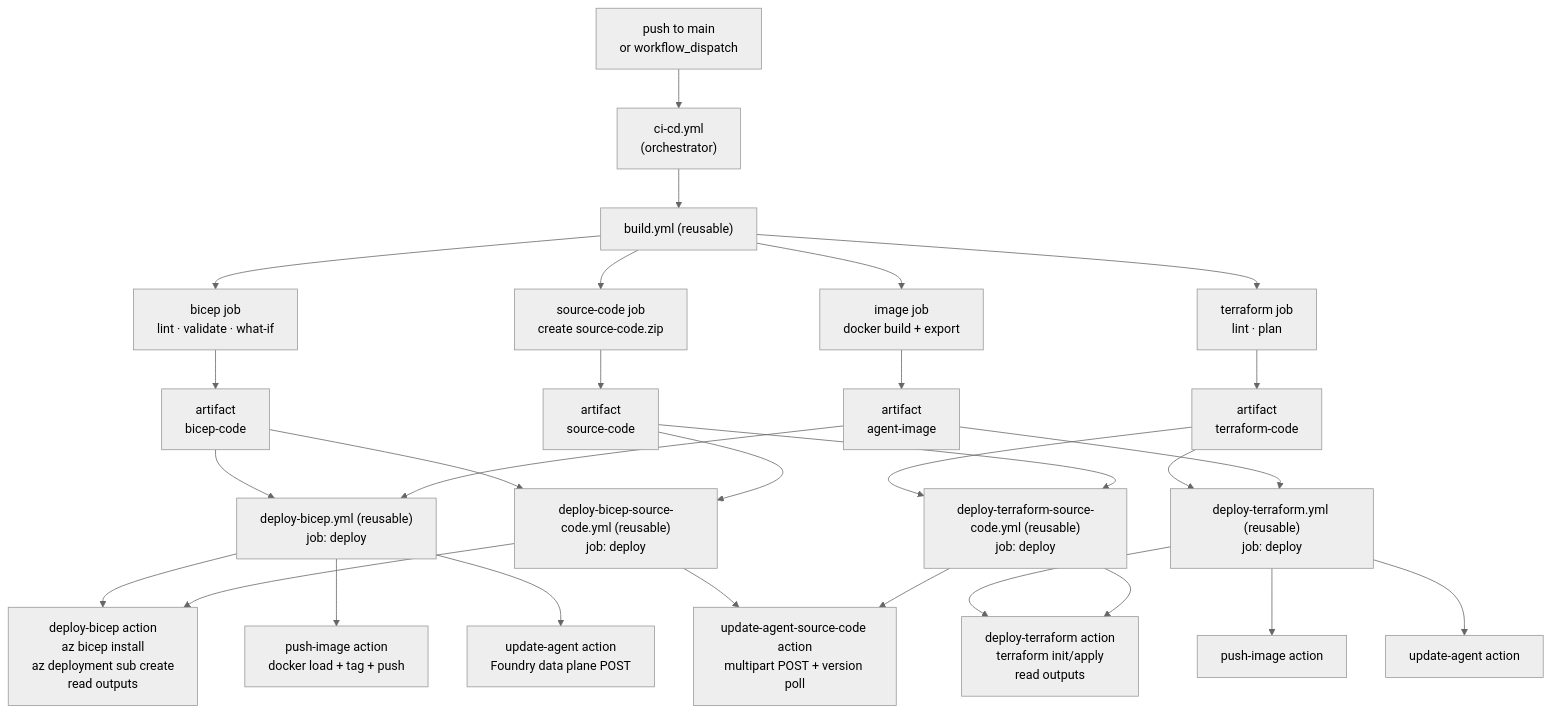
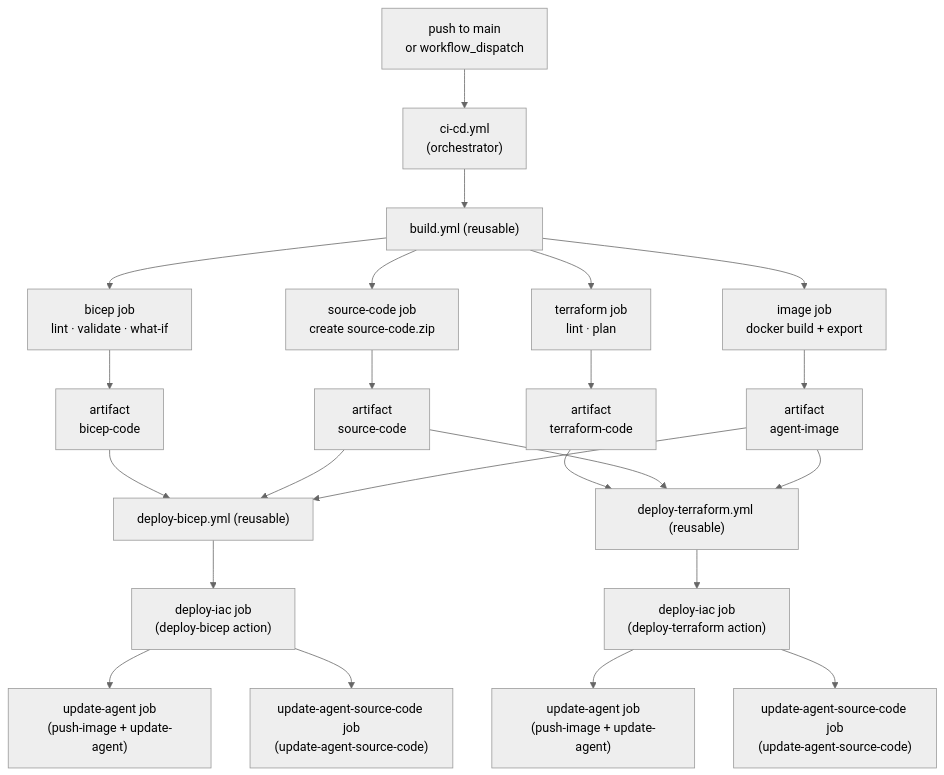
Before and after one commit to JFolberth/simple-hosted-agent-responses: the diagram in docs/github-actions.md, drawn with Mermaid (neutral theme). The commit also changed other lines of this file and 3 other files, not shown here.

````diff
--- a/docs/github-actions.md
+++ b/docs/github-actions.md
@@ -9,35 +9,28 @@
 ```mermaid
 flowchart TD
     P["push to main\nor workflow_dispatch"]
     P --> CICD["ci-cd.yml\n(orchestrator)"]
-  CICD --> BUILD["build.yml (reusable)"]
-  BUILD --> B1["bicep job\nlint · validate · what-if"]
-  BUILD --> B2["terraform job\nlint · plan"]
-  BUILD --> B3["source-code job\ncreate source-code.zip"]
-  BUILD --> B4["image job\ndocker build + export"]
-  B1 --> AB["artifact\nbicep-code"]
-  B2 --> AB2["artifact\nterraform-code"]
-  B3 --> AB3["artifact\nsource-code"]
-  B4 --> AB4["artifact\nagent-image"]
-  AB --> DBICEP["deploy-bicep.yml (reusable)\njob: deploy"]
-  AB2 --> DTERR["deploy-terraform.yml (reusable)\njob: deploy"]
-  AB4 --> DBICEP
-  AB4 --> DTERR
-  AB --> DBSC["deploy-bicep-source-code.yml (reusable)\njob: deploy"]
-  AB2 --> DTSC["deploy-terraform-source-code.yml (reusable)\njob: deploy"]
-  AB3 --> DBSC
-  AB3 --> DTSC
+    CICD --> BUILD["build.yml (reusable)"]
+    BUILD --> B1["bicep job\nlint · validate · what-if"]
+    BUILD --> B2["terraform job\nlint · plan"]
+    BUILD --> B3["source-code job\ncreate source-code.zip"]
+    BUILD --> B4["image job\ndocker build + export"]
+    B1 --> AB["artifact\nbicep-code"]
+    B2 --> AB2["artifact\nterraform-code"]
+    B3 --> AB3["artifact\nsource-code"]
+    B4 --> AB4["artifact\nagent-image"]
+    AB --> DBICEP["deploy-bicep.yml (reusable)"]
+    AB2 --> DTERR["deploy-terraform.yml (reusable)"]
+    AB3 --> DBICEP
+    AB3 --> DTERR
+    AB4 --> DBICEP
+    AB4 --> DTERR
 
-    DBICEP --> AC1["deploy-bicep action\naz bicep install\naz deployment sub create\nread outputs"]
-    DBICEP --> AC2["push-image action\ndocker load + tag + push"]
-    DBICEP --> AC3["update-agent action\nFoundry data plane POST"]
+    DBICEP --> BIAC["deploy-iac job\n(deploy-bicep action)"]
+    BIAC --> BIMG["update-agent job\n(push-image + update-agent)"]
+    BIAC --> BSRC["update-agent-source-code job\n(update-agent-source-code)"]
 
-    DTERR --> AC4["deploy-terraform action\nterraform init/apply\nread outputs"]
-    DTERR --> AC5["push-image action"]
-    DTERR --> AC6["update-agent action"]
-
-    DBSC --> AC1
-    DBSC --> AC7["update-agent-source-code action\nmultipart POST + version poll"]
-    DTSC --> AC4
-    DTSC --> AC7
+    DTERR --> TIAC["deploy-iac job\n(deploy-terraform action)"]
+    TIAC --> TIMG["update-agent job\n(push-image + update-agent)"]
+    TIAC --> TSRC["update-agent-source-code job\n(update-agent-source-code)"]
 ```
````
